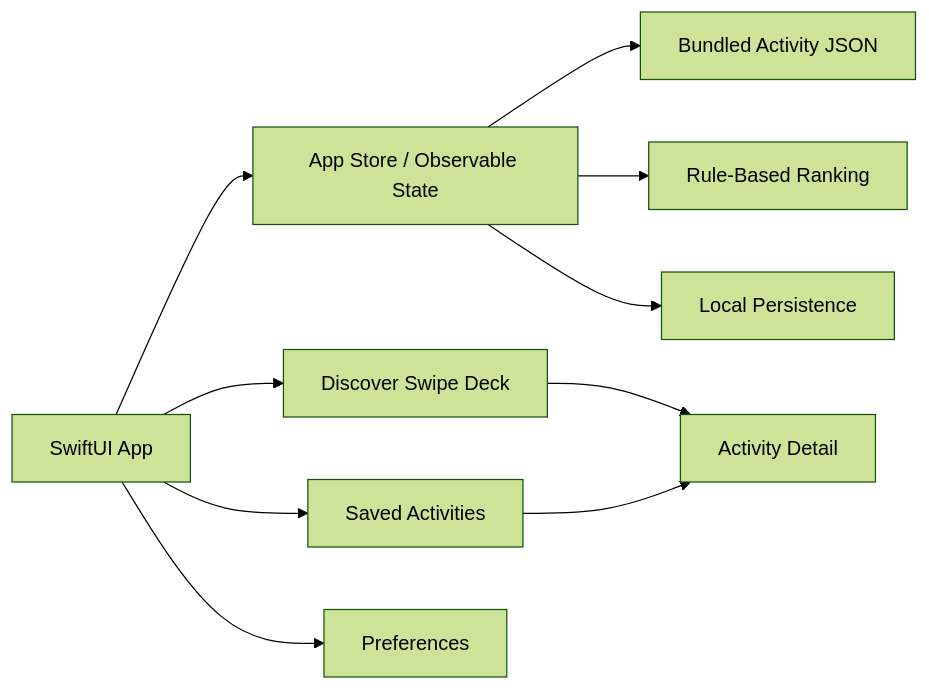
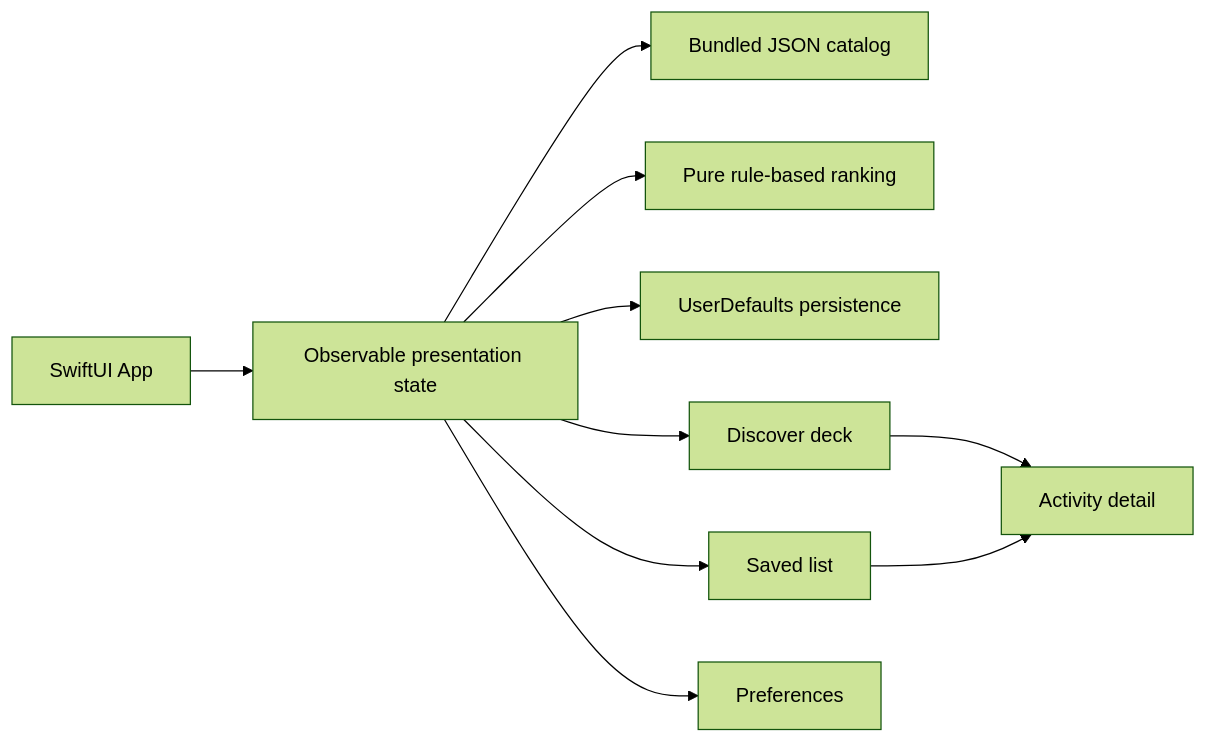
Before and after one commit to TheMarcellVarga/endless-activity: the diagram in README.md, drawn with Mermaid (forest theme). The commit also changed other lines of this file and 7 other files, not shown here.

````diff
--- a/README.md
+++ b/README.md
@@ -133,12 +33,12 @@
 ```mermaid
 flowchart LR
-  App["SwiftUI App"] --> Store["App Store / Observable State"]
-  Store --> Catalog["Bundled Activity JSON"]
-  Store --> Ranking["Rule-Based Ranking"]
-  Store --> Persistence["Local Persistence"]
-  App --> Discover["Discover Swipe Deck"]
-  App --> Saved["Saved Activities"]
-  App --> Preferences["Preferences"]
-  Discover --> Detail["Activity Detail"]
+  App["SwiftUI App"] --> State["Observable presentation state"]
+  State --> Catalog["Bundled JSON catalog"]
+  State --> Ranking["Pure rule-based ranking"]
+  State --> Persistence["UserDefaults persistence"]
+  State --> Discover["Discover deck"]
+  State --> Saved["Saved list"]
+  State --> Preferences["Preferences"]
+  Discover --> Detail["Activity detail"]
   Saved --> Detail
 ```
````
